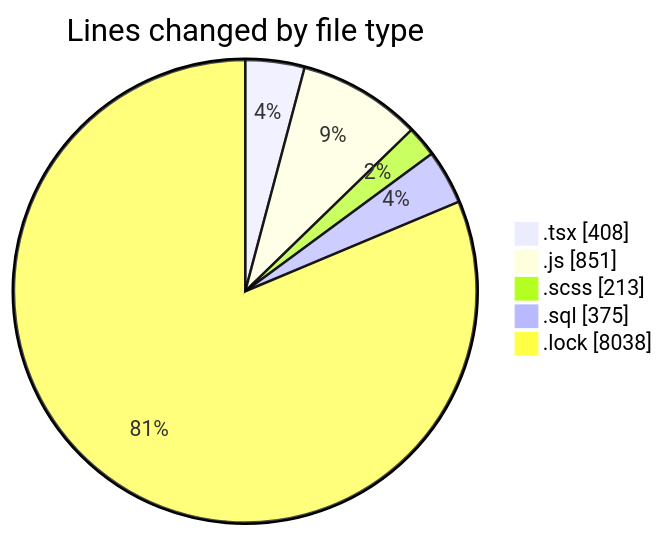
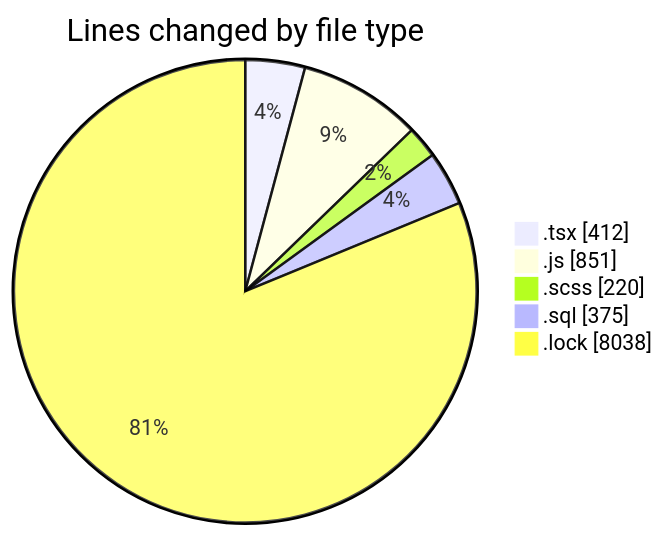
The first of 2 diagrams in 2025-03-18/cda/README.md (momahboobian/code-tracking), drawn with Mermaid before and after one commit. The commit also changed other lines of this file and 1 other file, not shown here.

````diff
--- a/2025-03-18/cda/README.md
+++ b/2025-03-18/cda/README.md
@@ -30,9 +30,9 @@
 ```mermaid
 pie showData
 title Lines changed by file type
-".tsx" : 408
+".tsx" : 412
 ".js" : 851
-".scss" : 213
+".scss" : 220
 ".sql" : 375
 ".lock" : 8038
 ```
````
